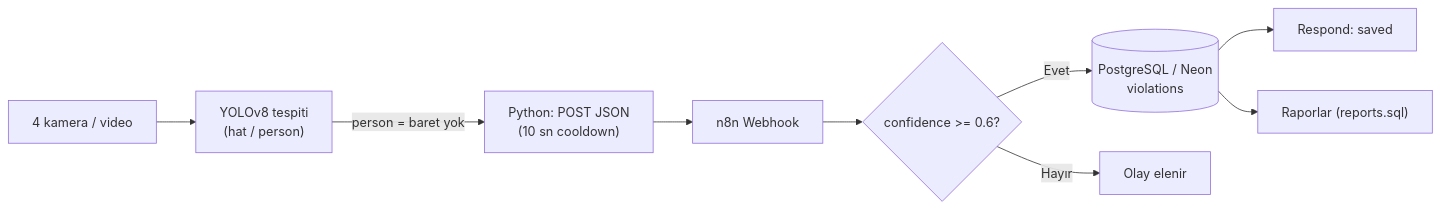
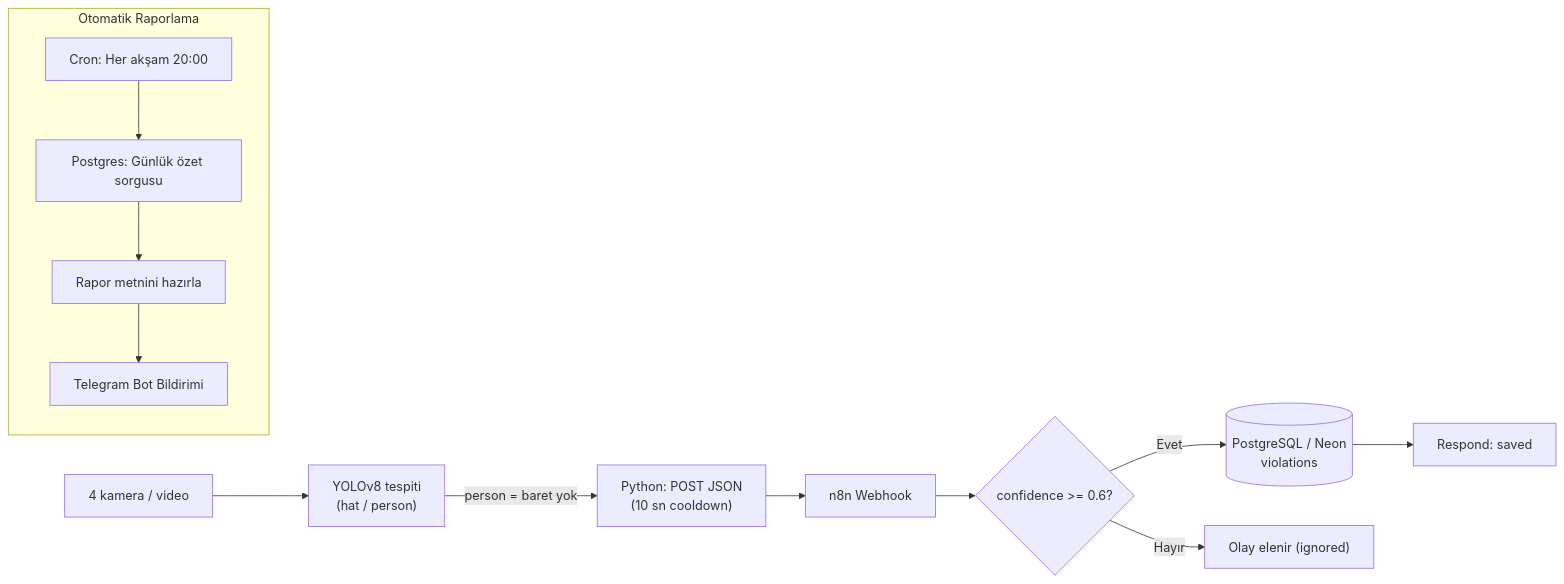
One commit to buseunal/YOLOv8-Ile-Baretsiz-Insan-Tespiti changed the diagram in README.md. Above: the diagram before and after it, drawn with Mermaid. The commit also changed other lines of this file and 4 other files, not shown here.

Commit message:
Update README with Telegram report and new execution flow screenshots

````diff
--- a/README.md
+++ b/README.md
@@ -9,11 +9,16 @@
 ```mermaid
 flowchart LR
     A["4 kamera / video"] --> B["YOLOv8 tespiti<br/>(hat / person)"]
     B -->|"person = baret yok"| C["Python: POST JSON<br/>(10 sn cooldown)"]
     C --> D["n8n Webhook"]
     D --> E{"confidence >= 0.6?"}
     E -->|Evet| F[("PostgreSQL / Neon<br/>violations")]
-    E -->|Hayır| G["Olay elenir"]
+    E -->|Hayır| G["Olay elenir (ignored)"]
     F --> H["Respond: saved"]
-    F --> I["Raporlar (reports.sql)"]
+    
+    subgraph Otomatik Raporlama
+        T["Cron: Her akşam 20:00"] --> P["Postgres: Günlük özet sorgusu"]
+        P --> JS["Rapor metnini hazırla"]
+        JS --> TG["Telegram Bot Bildirimi"]
+    end
 ```
````
